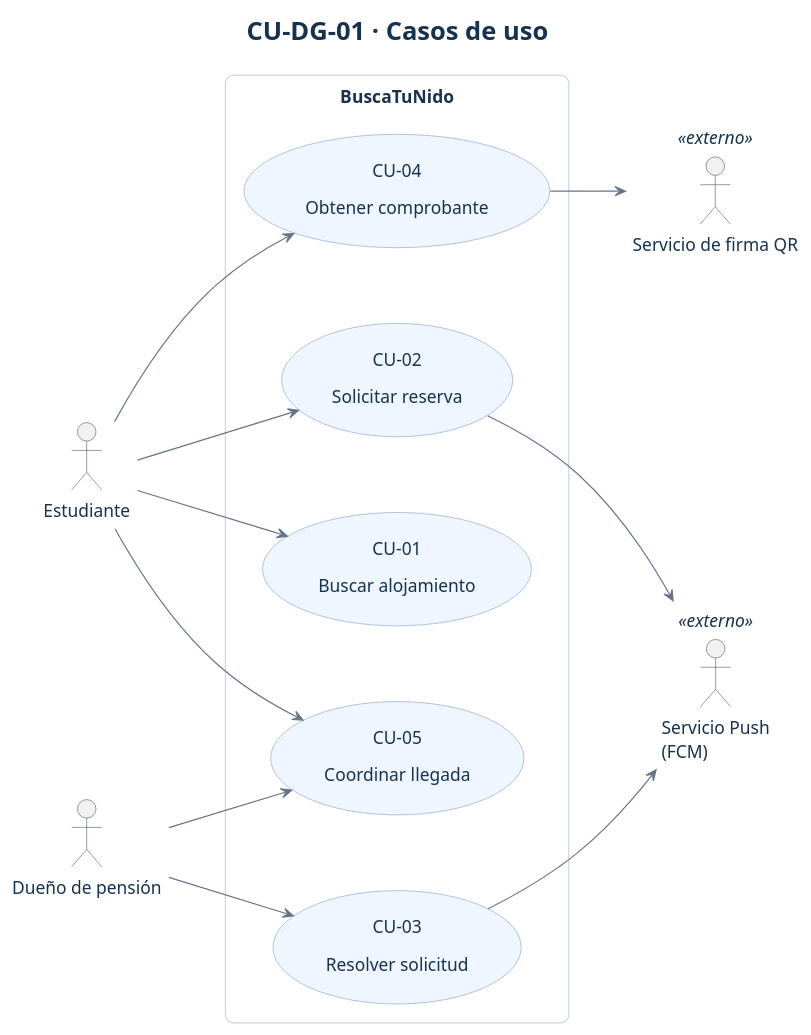
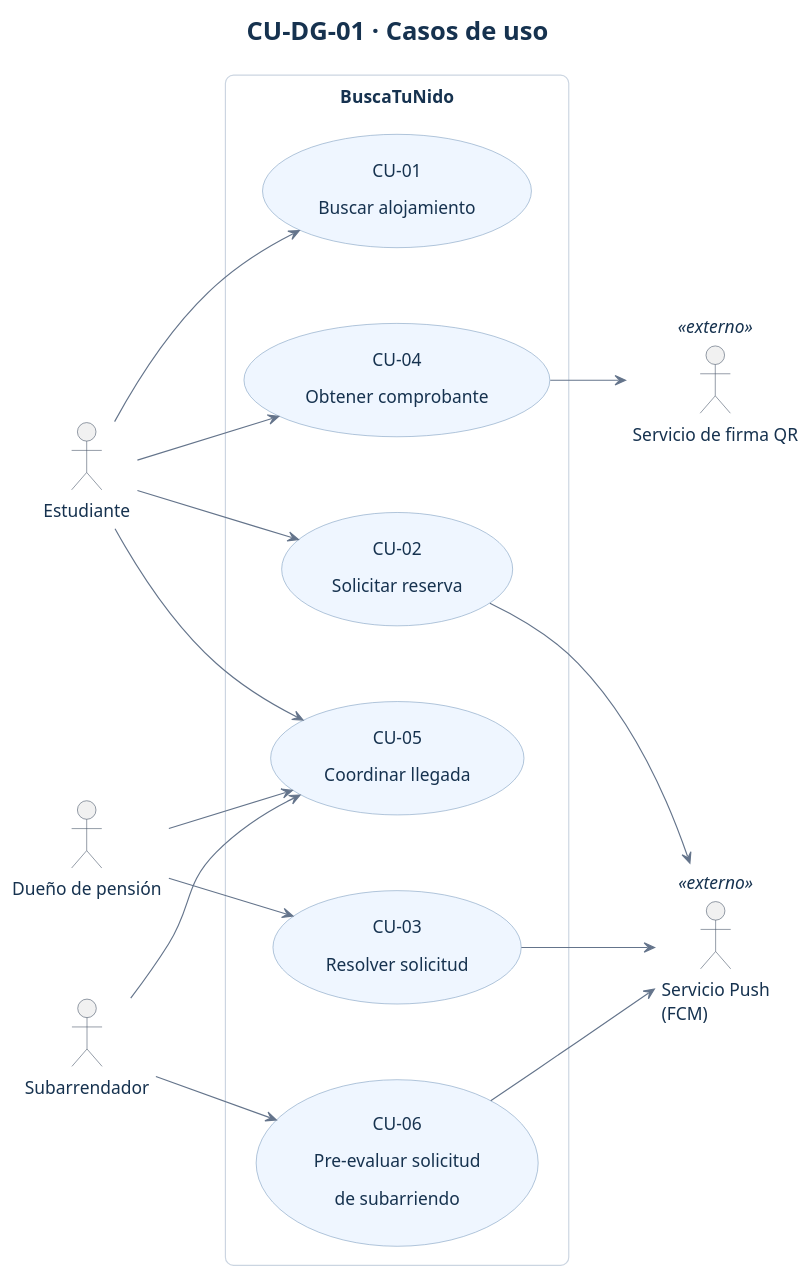
The diagram in diagramas/casos-de-uso.puml (busca-tunido-requisitos/entrega-1), drawn with PlantUML before and after one commit. The commit also changed 16 other files, not shown here.

Commit message:
docs(eval2): resolver inconsistencias y actualizar diagramas de HU-05

```diff
--- a/diagramas/casos-de-uso.puml
+++ b/diagramas/casos-de-uso.puml
@@ -1,51 +1,56 @@
 @startuml
 title CU-DG-01 · Casos de uso
 skinparam defaultFontName Arial
 skinparam defaultFontSize 15
 skinparam titleFontSize 22
 skinparam titleFontColor #16324F
 skinparam backgroundColor #FFFFFF
 skinparam shadowing false
 skinparam ArrowColor #64748B
 skinparam ArrowFontColor #334155
 skinparam ArrowFontSize 12
 skinparam roundcorner 14
 skinparam nodesep 65
 skinparam ranksep 65
 skinparam padding 6
 skinparam classBackgroundColor #F1F5F9
 skinparam classBorderColor #94A3B8
 skinparam classHeaderBackgroundColor #DBEAFE
 skinparam classFontColor #16324F
 skinparam stateBackgroundColor #EFF6FF
 skinparam stateBorderColor #7C9CBF
 skinparam stateFontColor #16324F
 skinparam usecaseBackgroundColor #EFF6FF
 skinparam usecaseBorderColor #7C9CBF
 skinparam usecaseFontColor #16324F
 skinparam actorBorderColor #475569
 skinparam actorFontColor #16324F
 skinparam rectangleBorderColor #CBD5E1
 skinparam rectangleFontColor #16324F
 left to right direction
 actor Estudiante
 actor "Dueño de pensión" as Dueno
+actor Subarrendador
 rectangle "BuscaTuNido" {
  usecase "CU-01\nBuscar alojamiento" as CU01
  usecase "CU-02\nSolicitar reserva" as CU02
  usecase "CU-04\nObtener comprobante" as CU04
  usecase "CU-05\nCoordinar llegada" as CU05
  usecase "CU-03\nResolver solicitud" as CU03
+ usecase "CU-06\nPre-evaluar solicitud\nde subarriendo" as CU06
 }
 actor "Servicio Push\n(FCM)" as Push <<externo>>
 actor "Servicio de firma QR" as QR <<externo>>
 Estudiante --> CU01
 Estudiante --> CU02
 Estudiante --> CU04
 Estudiante --> CU05
 Dueno --> CU05
 Dueno --> CU03
+Subarrendador --> CU05
+Subarrendador --> CU06
 CU02 --> Push
 CU03 --> Push
+CU06 --> Push
 CU04 --> QR
 @enduml
```
